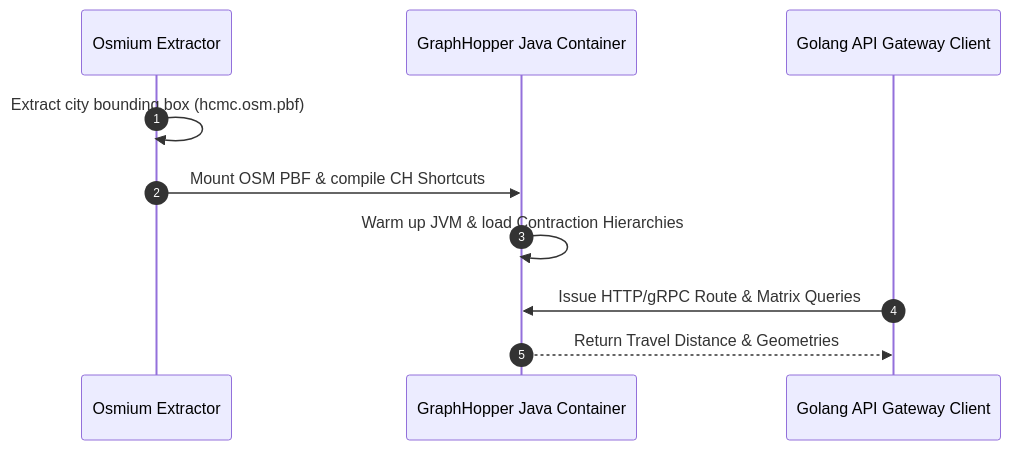
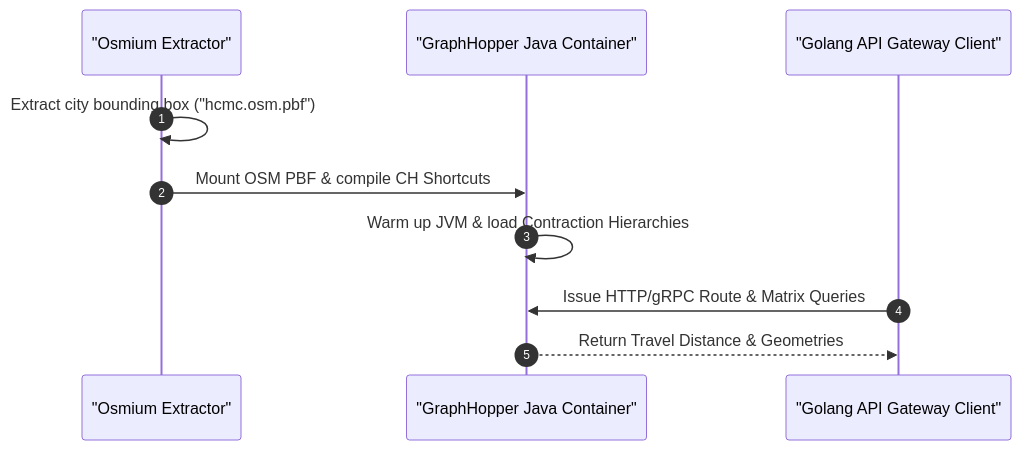
One commit to vesviet/vesviet changed the diagram in content/series/routing-geospatial-architecture/part-2-environment-setup.md. Above: the diagram before and after it, drawn with Mermaid. The commit also changed other lines of this file and 331 other files, not shown here.

````diff
--- a/content/series/routing-geospatial-architecture/part-2-environment-setup.md
+++ b/content/series/routing-geospatial-architecture/part-2-environment-setup.md
@@ -43,13 +45,13 @@
 ```mermaid
 sequenceDiagram
     autonumber
-    participant Pipeline as Osmium Extractor
-    participant Docker as GraphHopper Java Container
-    participant GoClient as Golang API Gateway Client
+    participant Pipeline as "Osmium Extractor"
+    participant Docker as "GraphHopper Java Container"
+    participant GoClient as "Golang API Gateway Client"
     
-    Pipeline->>Pipeline: Extract city bounding box (hcmc.osm.pbf)
+    Pipeline->>Pipeline: Extract city bounding box ("hcmc.osm.pbf")
     Pipeline->>Docker: Mount OSM PBF & compile CH Shortcuts
     Docker->>Docker: Warm up JVM & load Contraction Hierarchies
     GoClient->>Docker: Issue HTTP/gRPC Route & Matrix Queries
     Docker-->>GoClient: Return Travel Distance & Geometries
 ```
````
